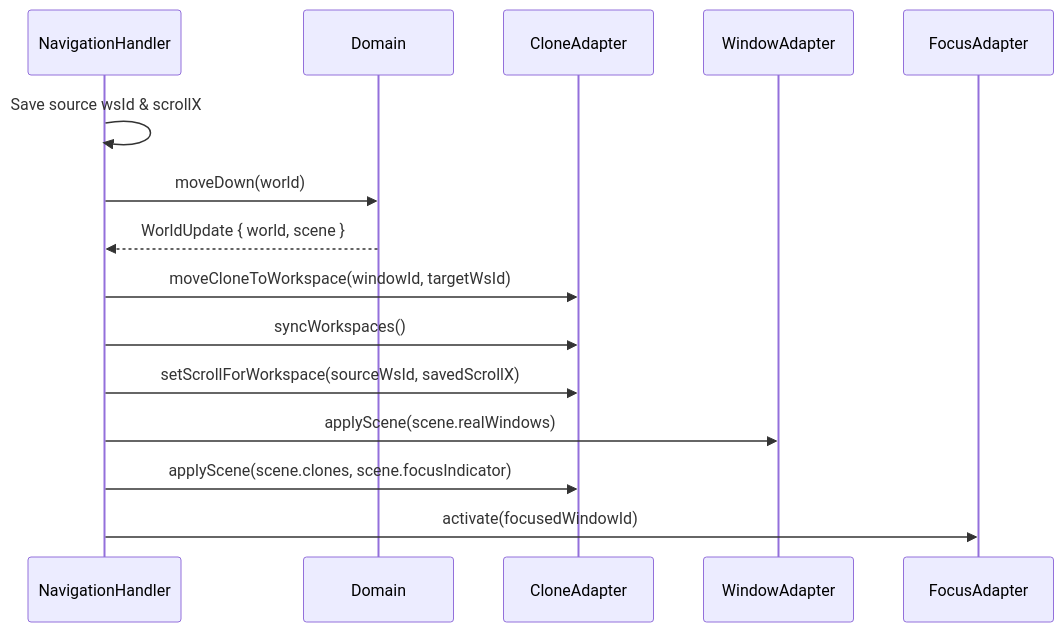
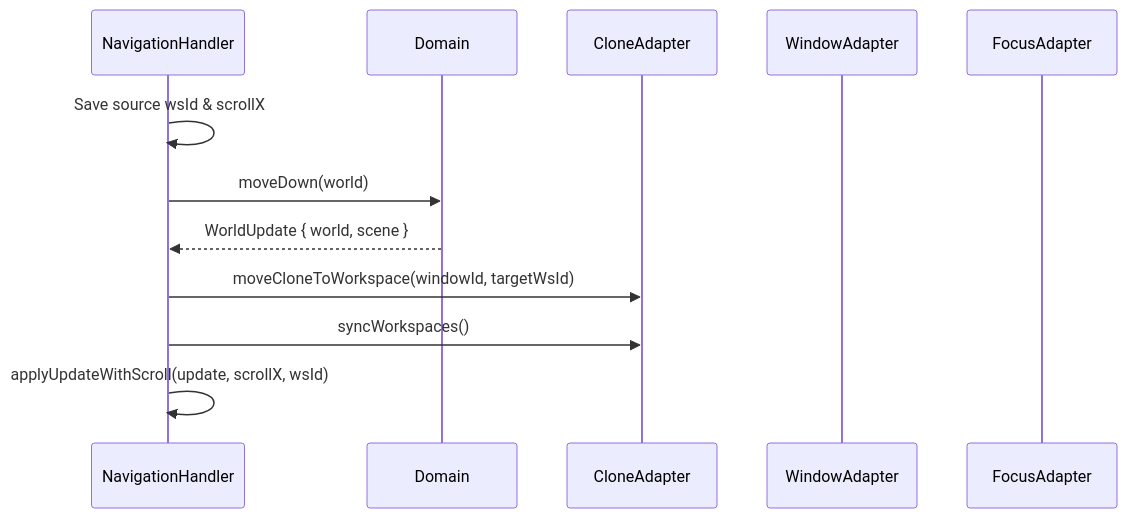
Before and after one commit to notiriel/kestrel: the eighth of 9 diagrams in docs/architecture.md, drawn with Mermaid. The commit also changed other lines of this file and 6 other files, not shown here.

First line of the commit message:
Clean up adapter layer: replace buildUpdate().scene with computeScene(), deduplicate scroll-sync

````diff
--- a/docs/architecture.md
+++ b/docs/architecture.md
@@ -502,18 +502,15 @@
 ```mermaid
 sequenceDiagram
     participant NavH as NavigationHandler
     participant Domain
     participant Clone as CloneAdapter
     participant WinAdapt as WindowAdapter
     participant Focus as FocusAdapter
 
     NavH->>NavH: Save source wsId & scrollX
     NavH->>Domain: moveDown(world)
     Domain-->>NavH: WorldUpdate { world, scene }
     NavH->>Clone: moveCloneToWorkspace(windowId, targetWsId)
     NavH->>Clone: syncWorkspaces()
-    NavH->>Clone: setScrollForWorkspace(sourceWsId, savedScrollX)
-    NavH->>WinAdapt: applyScene(scene.realWindows)
-    NavH->>Clone: applyScene(scene.clones, scene.focusIndicator)
-    NavH->>Focus: activate(focusedWindowId)
+    NavH->>NavH: applyUpdateWithScroll(update, scrollX, wsId)
 ```
````
